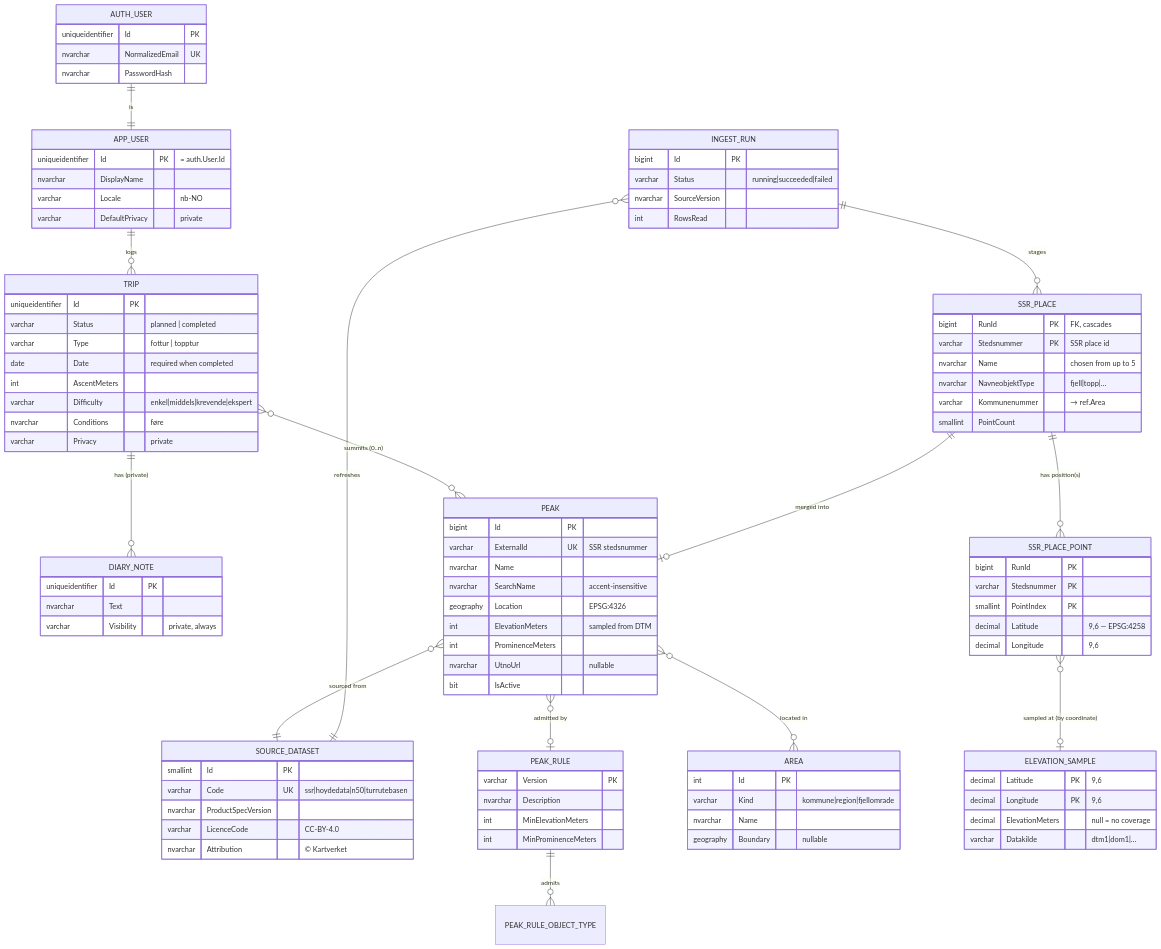
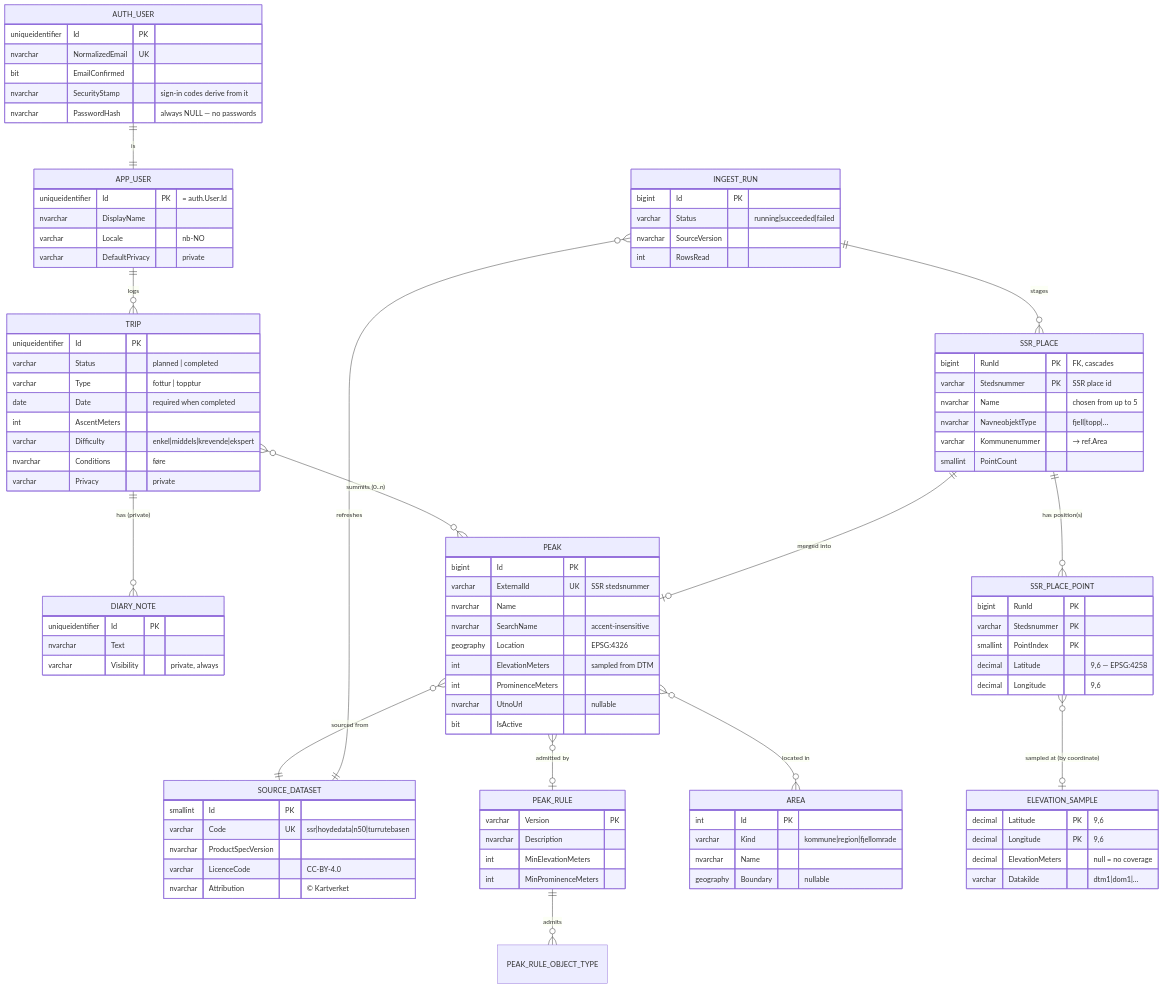
One commit to rekfar/database changed the diagram in docs/data-model.md. Above: the diagram before and after it, drawn with Mermaid. The commit also changed other lines of this file and 5 other files, not shown here.

First line of the commit message:
Make the schema refuse a stored password

```diff
--- a/docs/data-model.md
+++ b/docs/data-model.md
@@ -27,7 +27,9 @@
     AUTH_USER {
         uniqueidentifier Id PK
         nvarchar NormalizedEmail UK
-        nvarchar PasswordHash
+        bit EmailConfirmed
+        nvarchar SecurityStamp "sign-in codes derive from it"
+        nvarchar PasswordHash "always NULL — no passwords"
     }
     APP_USER {
         uniqueidentifier Id PK "= auth.User.Id"
```
